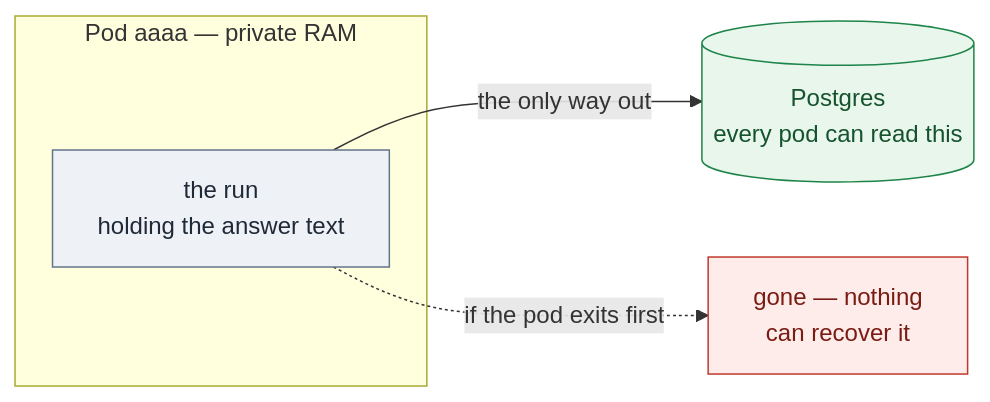
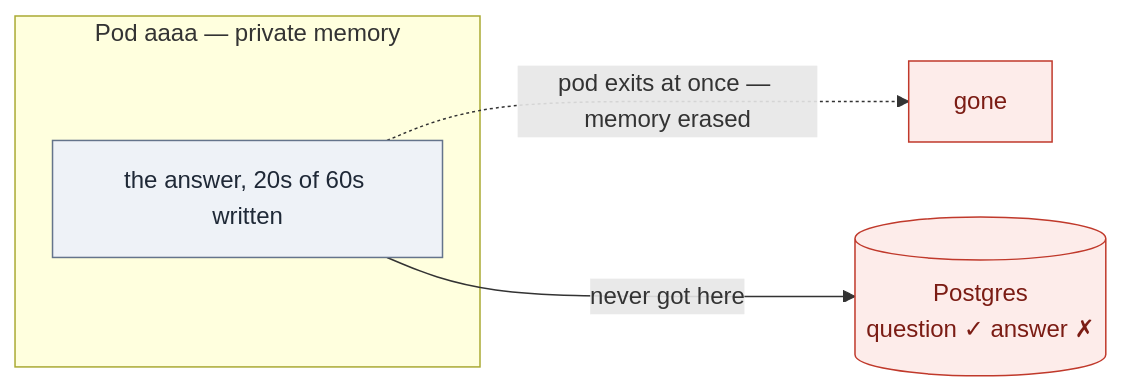
One commit to selvakumarperumal/Corporate_Filing_Analyzer_Agent changed the fifth of 19 diagrams in docs/TESTING-SCALING.md. Above: the diagram before and after it, drawn with Mermaid. The commit also changed other lines of this file, not shown here.

Commit message:
docs: streamline scaling test guide and consolidate architecture takeaways

````diff
--- a/docs/TESTING-SCALING.md
+++ b/docs/TESTING-SCALING.md
@@ -833,14 +666,12 @@
 ```mermaid
 flowchart LR
-  subgraph P["Pod aaaa — private RAM"]
-    R["the run<br/>holding the answer text"]
+  subgraph POD["Pod aaaa — private memory"]
+    R["the answer, 20s of 60s written"]
   end
-  R -->|"the only way out"| DB[("Postgres<br/>every pod can read this")]
-  R -.->|"if the pod exits first"| G["gone — nothing<br/>can recover it"]
+  R -.->|"pod exits at once — memory erased"| G["gone"]
+  R -->|"never got here"| DB[("Postgres<br/>question ✓  answer ✗")]
   classDef step fill:#eef2f7,stroke:#64748b,color:#1f2937
   classDef bad fill:#fdecea,stroke:#c0392b,color:#7b1c14
-  classDef good fill:#e8f6ec,stroke:#1e8449,color:#14532d
   class R step
-  class DB good
-  class G bad
+  class G,DB bad
 ```
````
